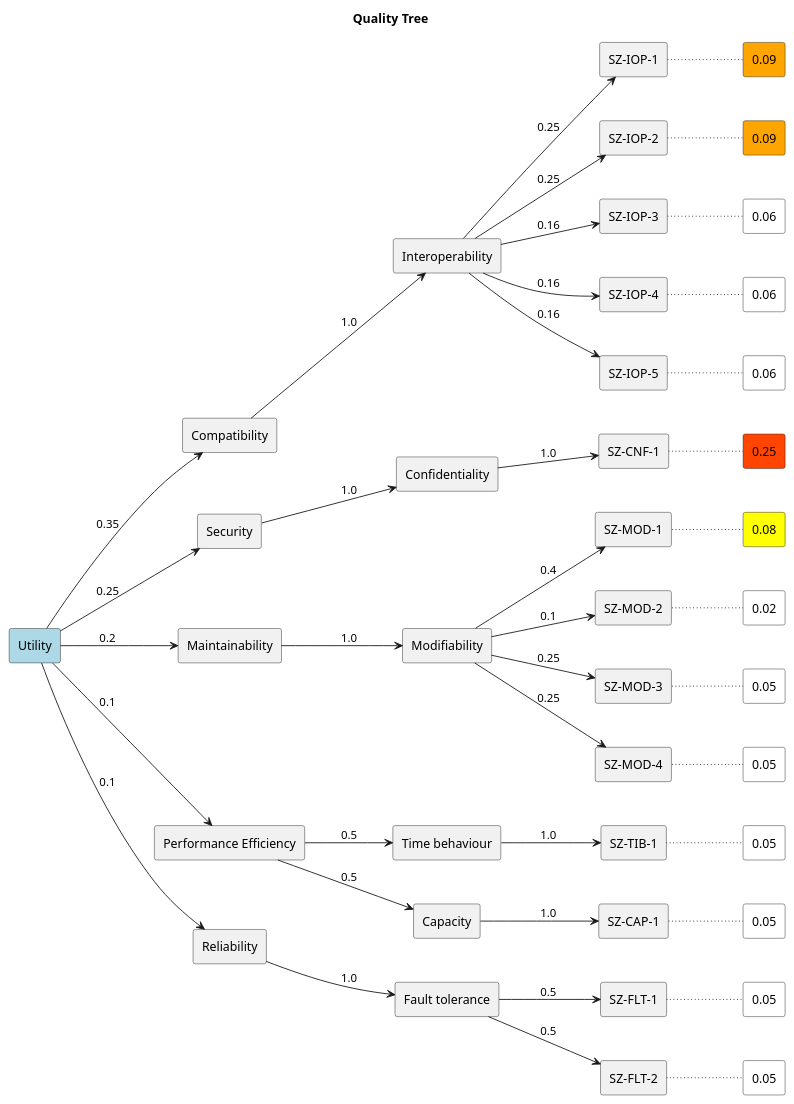
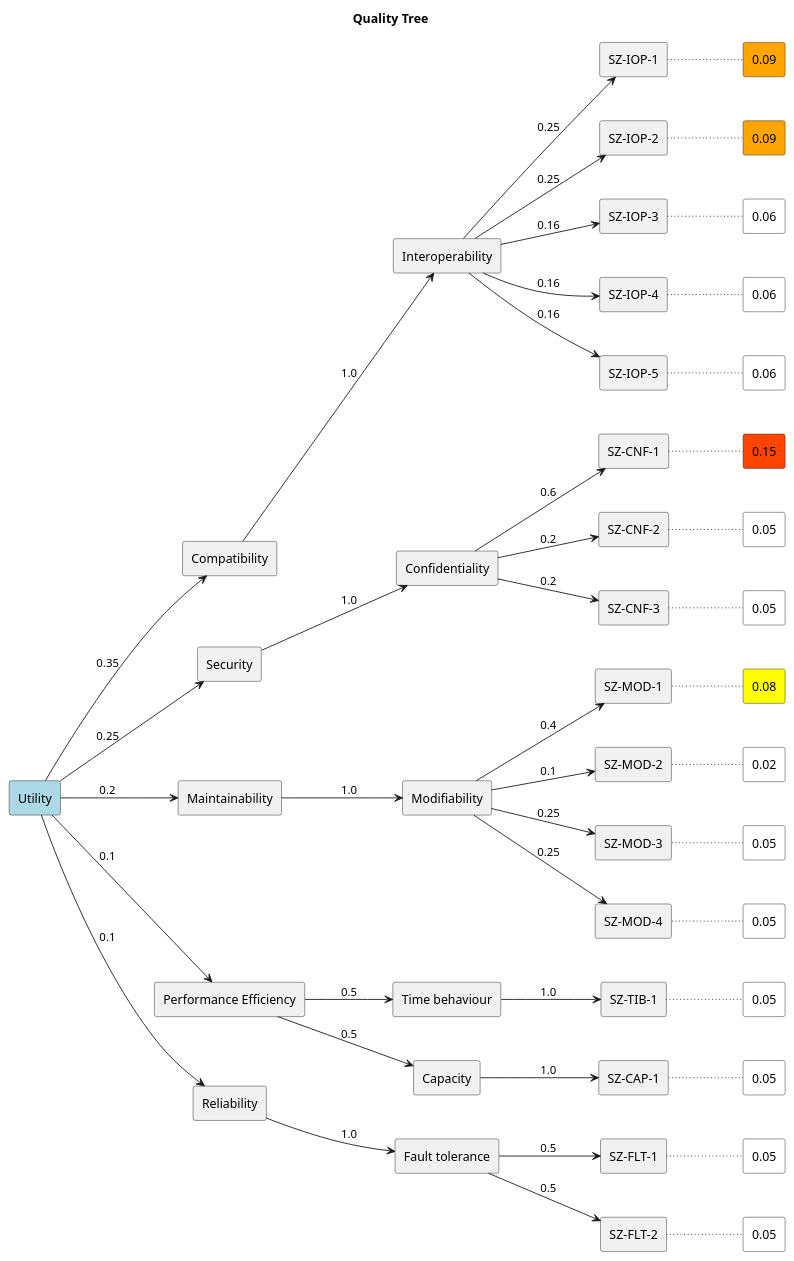
Before and after one commit to markuskaufmann/CAS_SA_Transfer: the diagram in arc42_documentation/quality_requirements/quality_tree.puml, drawn with PlantUML.

Commit message:
#8 Extended quality tree to include new scenarios

```diff
--- a/arc42_documentation/quality_requirements/quality_tree.puml
+++ b/arc42_documentation/quality_requirements/quality_tree.puml
@@ -1,101 +1,111 @@
 @startuml Quality Tree
 title Quality Tree
 
 left to right direction
 skinparam linetype line
 skinparam nodesep 50
 skinparam ranksep 80
 
 rectangle Utility #LightBlue
 
 rectangle Compatibility
 rectangle Interoperability
 rectangle "SZ-IOP-1"
 rectangle "0.09" as IOP_1_RESULT #Orange
 rectangle "SZ-IOP-2"
 rectangle "0.09" as IOP_2_RESULT #Orange
 rectangle "SZ-IOP-3"
 rectangle "0.06" as IOP_3_RESULT #FFFFFF
 rectangle "SZ-IOP-4"
 rectangle "0.06" as IOP_4_RESULT #FFFFFF
 rectangle "SZ-IOP-5"
 rectangle "0.06" as IOP_5_RESULT #FFFFFF
 
 rectangle Security
 rectangle Confidentiality
 rectangle "SZ-CNF-1"
-rectangle "0.25" as CNF_1_RESULT #OrangeRed
+rectangle "0.15" as CNF_1_RESULT #OrangeRed
+rectangle "SZ-CNF-2"
+rectangle "0.05" as CNF_2_RESULT #FFFFFF
+rectangle "SZ-CNF-3"
+rectangle "0.05" as CNF_3_RESULT #FFFFFF
+
 
 rectangle Maintainability
 rectangle Modifiability
 rectangle "SZ-MOD-1"
 rectangle "0.08" as MOD_1_RESULT #Yellow
 rectangle "SZ-MOD-2"
 rectangle "0.02" as MOD_2_RESULT #FFFFFF
 rectangle "SZ-MOD-3"
 rectangle "SZ-MOD-3"
 rectangle "0.05" as MOD_3_RESULT #FFFFFF
 rectangle "SZ-MOD-4"
 rectangle "0.05" as MOD_4_RESULT #FFFFFF
 
 rectangle "Performance Efficiency"
 rectangle "Time behaviour"
 rectangle "SZ-TIB-1"
 rectangle "0.05" as TIB_1_RESULT #FFFFFF
 rectangle Capacity
 rectangle "SZ-CAP-1"
 rectangle "0.05" as CAP_1_RESULT #FFFFFF
 
 rectangle Reliability
 rectangle "Fault tolerance"
 rectangle "SZ-FLT-1"
 rectangle "0.05" as FLT_1_RESULT #FFFFFF
 rectangle "SZ-FLT-2"
 rectangle "0.05" as FLT_2_RESULT #FFFFFF
 
 Utility --> Compatibility : 0.35
 Utility --> Security : 0.25
 Utility --> Maintainability : 0.2
 Utility --> "Performance Efficiency" : 0.1
 Utility --> Reliability : 0.1
 
 Compatibility --> Interoperability : 1.0
 Interoperability --> "SZ-IOP-1" : 0.25
 "SZ-IOP-1" --[dotted] IOP_1_RESULT
 Interoperability --> "SZ-IOP-2" : 0.25
 "SZ-IOP-2" --[dotted] IOP_2_RESULT
 Interoperability --> "SZ-IOP-3" : 0.16
 "SZ-IOP-3" --[dotted] IOP_3_RESULT
 Interoperability --> "SZ-IOP-4" : 0.16
 "SZ-IOP-4" --[dotted] IOP_4_RESULT
 Interoperability --> "SZ-IOP-5" : 0.16
 "SZ-IOP-5" --[dotted] IOP_5_RESULT
 
 Security --> Confidentiality : 1.0
-Confidentiality --> "SZ-CNF-1" : 1.0
+Confidentiality --> "SZ-CNF-1" : 0.6
 "SZ-CNF-1" --[dotted] CNF_1_RESULT
+Confidentiality --> "SZ-CNF-2" : 0.2
+"SZ-CNF-2" --[dotted] CNF_2_RESULT
+Confidentiality --> "SZ-CNF-3" : 0.2
+"SZ-CNF-3" --[dotted] CNF_3_RESULT
+
 
 Maintainability --> Modifiability : 1.0
 Modifiability --> "SZ-MOD-1" : 0.4
 "SZ-MOD-1" --[dotted] MOD_1_RESULT
 Modifiability --> "SZ-MOD-2" : 0.1
 "SZ-MOD-2" --[dotted] MOD_2_RESULT
 Modifiability --> "SZ-MOD-3" : 0.25
 "SZ-MOD-3" --[dotted] MOD_3_RESULT
 Modifiability --> "SZ-MOD-4" : 0.25
 "SZ-MOD-4" --[dotted] MOD_4_RESULT
 
 "Performance Efficiency" --> "Time behaviour" : 0.5
 "Time behaviour" --> "SZ-TIB-1" : 1.0
 "SZ-TIB-1" --[dotted] TIB_1_RESULT
 "Performance Efficiency" --> Capacity : 0.5
 Capacity --> "SZ-CAP-1" : 1.0
 "SZ-CAP-1" --[dotted] CAP_1_RESULT
 
 Reliability --> "Fault tolerance" : 1.0
 "Fault tolerance" --> "SZ-FLT-1" : 0.5
 "SZ-FLT-1" --[dotted] FLT_1_RESULT
 "Fault tolerance" --> "SZ-FLT-2" : 0.5
 "SZ-FLT-2" --[dotted] FLT_2_RESULT
 
 @enduml
```
